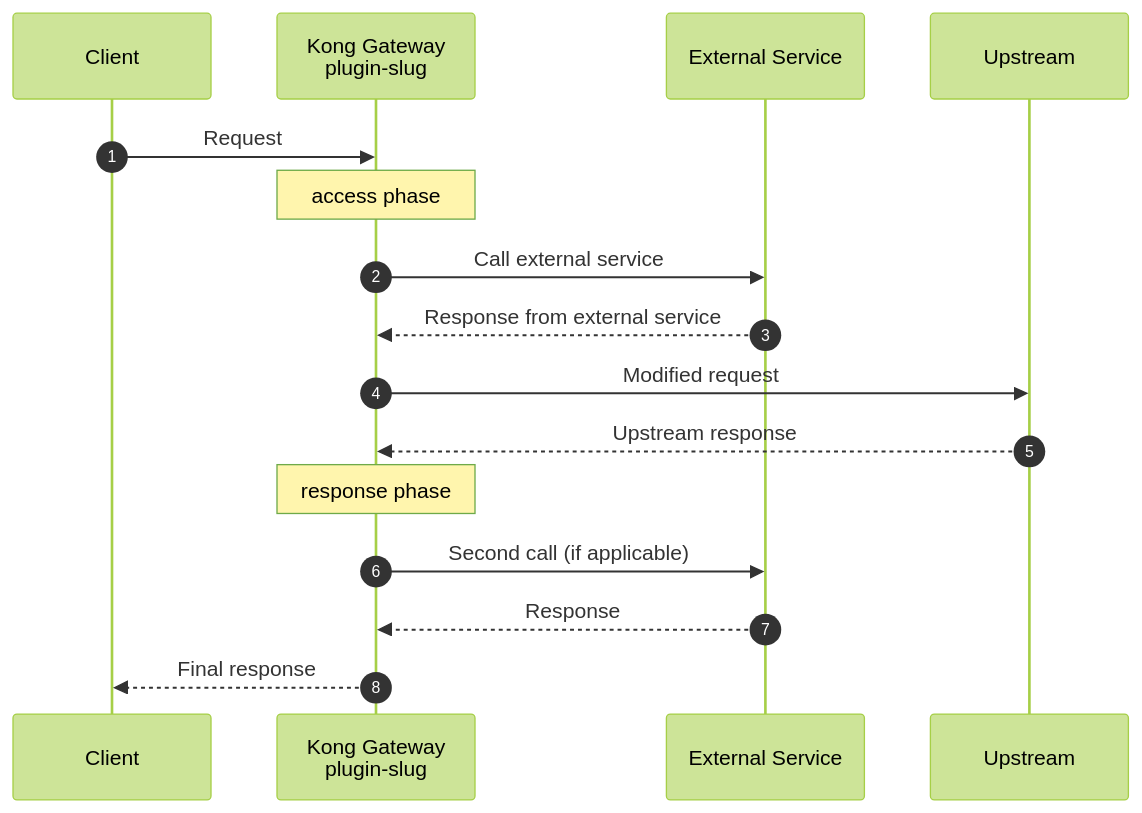
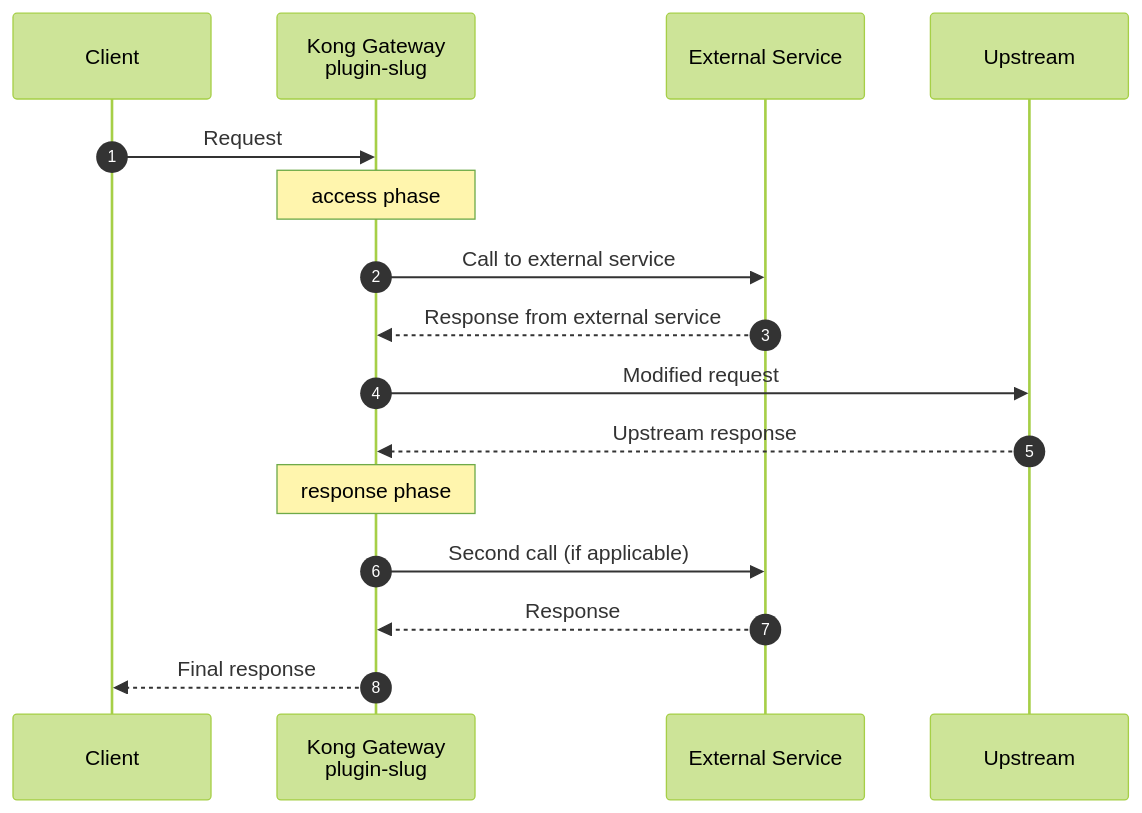
Before and after one commit to Kong/developer.konghq.com: the diagram in .claude/skills/third-party-plugin/references/index-template.md, drawn with Mermaid (forest theme). The commit also changed other lines of this file and 5 other files, not shown here.

Commit message:
copyedit, adjust skill, add diagrams and more info

```diff
--- a/.claude/skills/third-party-plugin/references/index-template.md
+++ b/.claude/skills/third-party-plugin/references/index-template.md
@@ -149,19 +170,19 @@
 {% mermaid %}
 sequenceDiagram
     autonumber
     participant C as Client
     participant K as Kong Gateway<br/>plugin-slug
     participant E as External Service
     participant U as Upstream
 
     C->>K: Request
     Note over K: access phase
-    K->>E: Call external service
+    K->>E: Call to external service
     E-->>K: Response from external service
     K->>U: Modified request
     U-->>K: Upstream response
     Note over K: response phase
     K->>E: Second call (if applicable)
     E-->>K: Response
     K-->>C: Final response
 {% endmermaid %}
```
